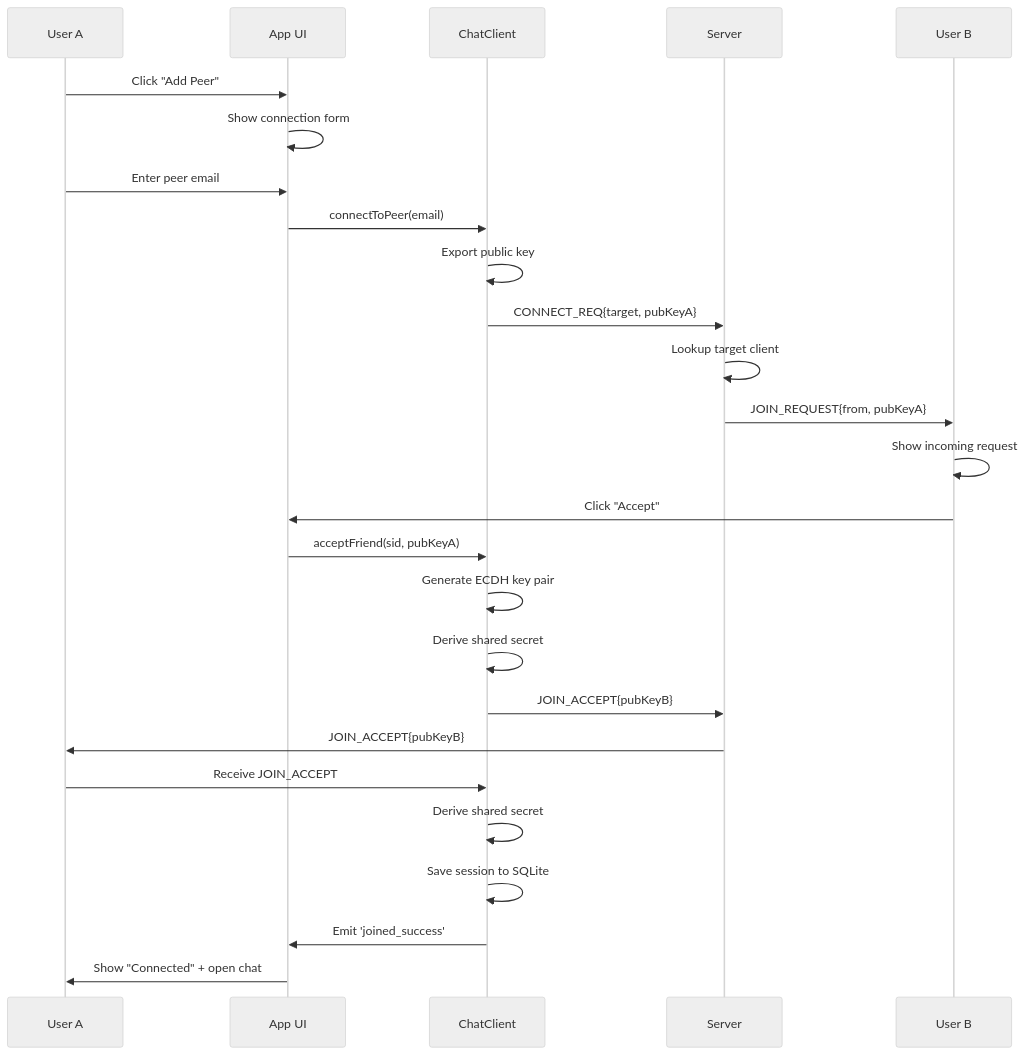
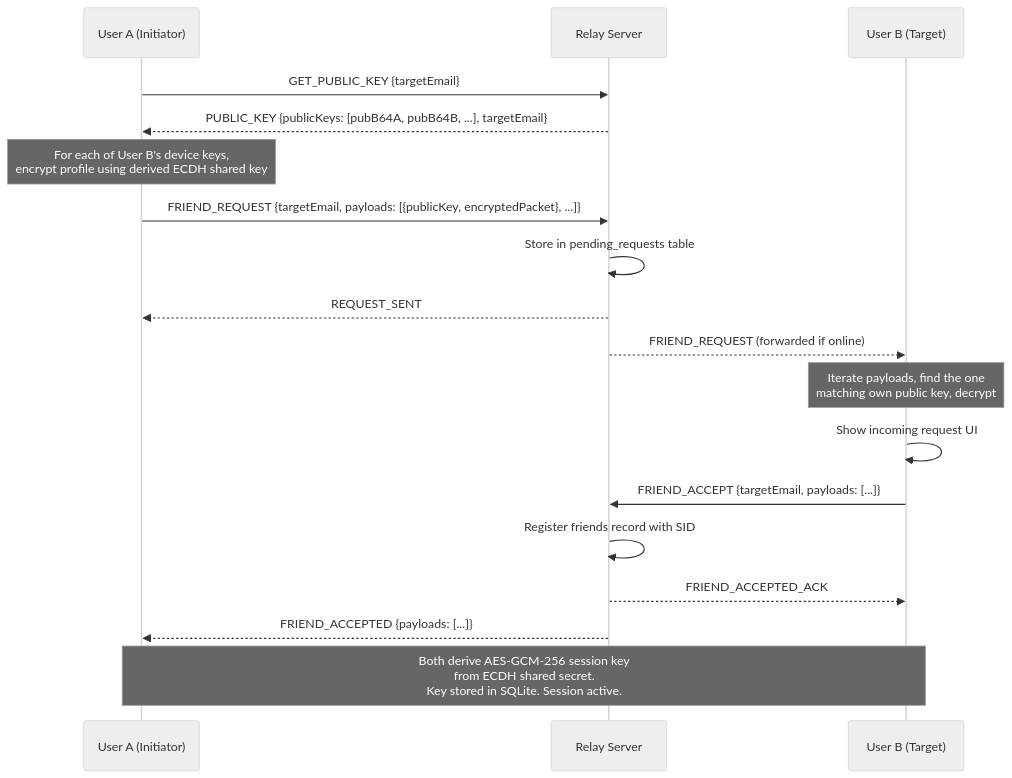
Before and after one commit to TheYogMehta/CryptNode: the fourth of 10 diagrams in docs/USER_FLOWS.md, drawn with Mermaid (neutral theme). The commit also changed other lines of this file and 11 other files, not shown here.

````diff
--- a/docs/USER_FLOWS.md
+++ b/docs/USER_FLOWS.md
@@ -63,31 +157,26 @@
 ```mermaid
 sequenceDiagram
-    participant U1 as User A
-    participant UI as App UI
-    participant CL as ChatClient
-    participant S as Server
-    participant U2 as User B
+    participant UA as User A (Initiator)
+    participant S as Relay Server
+    participant UB as User B (Target)
 
-    U1->>UI: Click "Add Peer"
-    UI->>UI: Show connection form
-    U1->>UI: Enter peer email
-    UI->>CL: connectToPeer(email)
-    CL->>CL: Export public key
-    CL->>S: CONNECT_REQ{target, pubKeyA}
-    S->>S: Lookup target client
-    S->>U2: JOIN_REQUEST{from, pubKeyA}
+    UA->>S: GET_PUBLIC_KEY {targetEmail}
+    S-->>UA: PUBLIC_KEY {publicKeys: [pubB64A, pubB64B, ...], targetEmail}
 
-    U2->>U2: Show incoming request
-    U2->>UI: Click "Accept"
-    UI->>CL: acceptFriend(sid, pubKeyA)
-    CL->>CL: Generate ECDH key pair
-    CL->>CL: Derive shared secret
-    CL->>S: JOIN_ACCEPT{pubKeyB}
-    S->>U1: JOIN_ACCEPT{pubKeyB}
+    note over UA: For each of User B's device keys,<br/>encrypt profile using derived ECDH shared key
 
-    U1->>CL: Receive JOIN_ACCEPT
-    CL->>CL: Derive shared secret
-    CL->>CL: Save session to SQLite
-    CL->>UI: Emit 'joined_success'
-    UI->>U1: Show "Connected" + open chat
+    UA->>S: FRIEND_REQUEST {targetEmail, payloads: [{publicKey, encryptedPacket}, ...]}
+    S->>S: Store in pending_requests table
+    S-->>UA: REQUEST_SENT
+    S-->>UB: FRIEND_REQUEST (forwarded if online)
+
+    note over UB: Iterate payloads, find the one<br/>matching own public key, decrypt
+
+    UB->>UB: Show incoming request UI
+    UB->>S: FRIEND_ACCEPT {targetEmail, payloads: [...]}
+    S->>S: Register friends record with SID
+    S-->>UB: FRIEND_ACCEPTED_ACK
+    S-->>UA: FRIEND_ACCEPTED {payloads: [...]}
+
+    note over UA,UB: Both derive AES-GCM-256 session key<br/>from ECDH shared secret.<br/>Key stored in SQLite. Session active.
 ```
````
